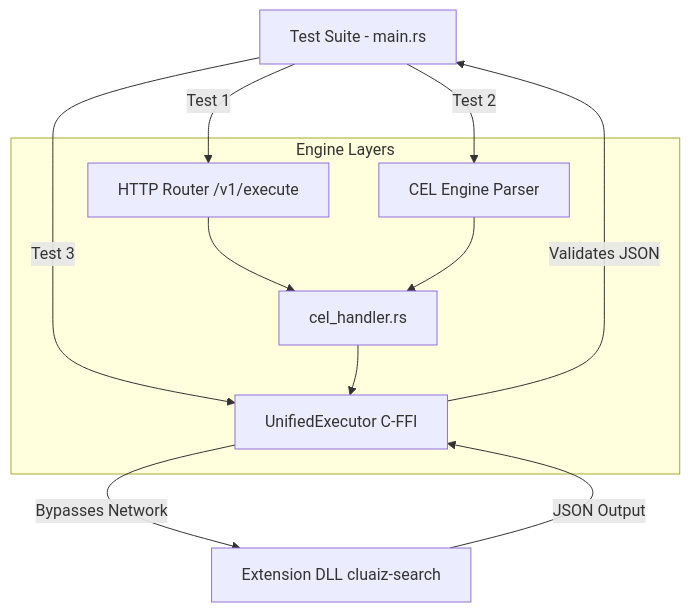
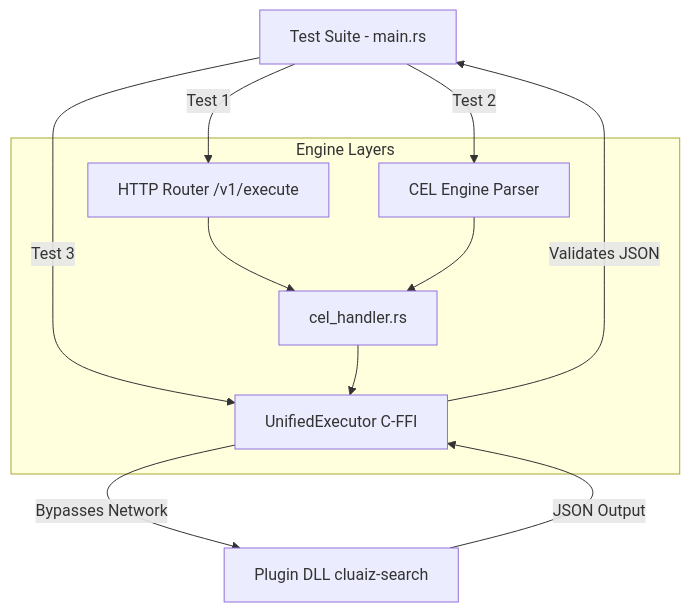
Before and after one commit to ayan-kushwaha/Cluaiz-: the diagram in test/engine_cel_test/README.md, drawn with Mermaid. The commit also changed other lines of this file and 109 other files, not shown here.

````diff
--- a/test/engine_cel_test/README.md
+++ b/test/engine_cel_test/README.md
@@ -9,22 +9,22 @@
 ```mermaid
 graph TD
     A[Test Suite - main.rs] -->|Test 1| B[HTTP Router /v1/execute]
     A -->|Test 2| C[CEL Engine Parser]
     A -->|Test 3| D[UnifiedExecutor C-FFI]
     
     B --> E[cel_handler.rs]
     C --> E
     
     E --> D
-    D -->|Bypasses Network| F[Extension DLL cluaiz-search]
+    D -->|Bypasses Network| F[Plugin DLL cluaiz-search]
     F -->|JSON Output| D
     
     D -->|Validates JSON| A
     
     subgraph Engine Layers
     B
     C
     E
     D
     end
 ```
````
